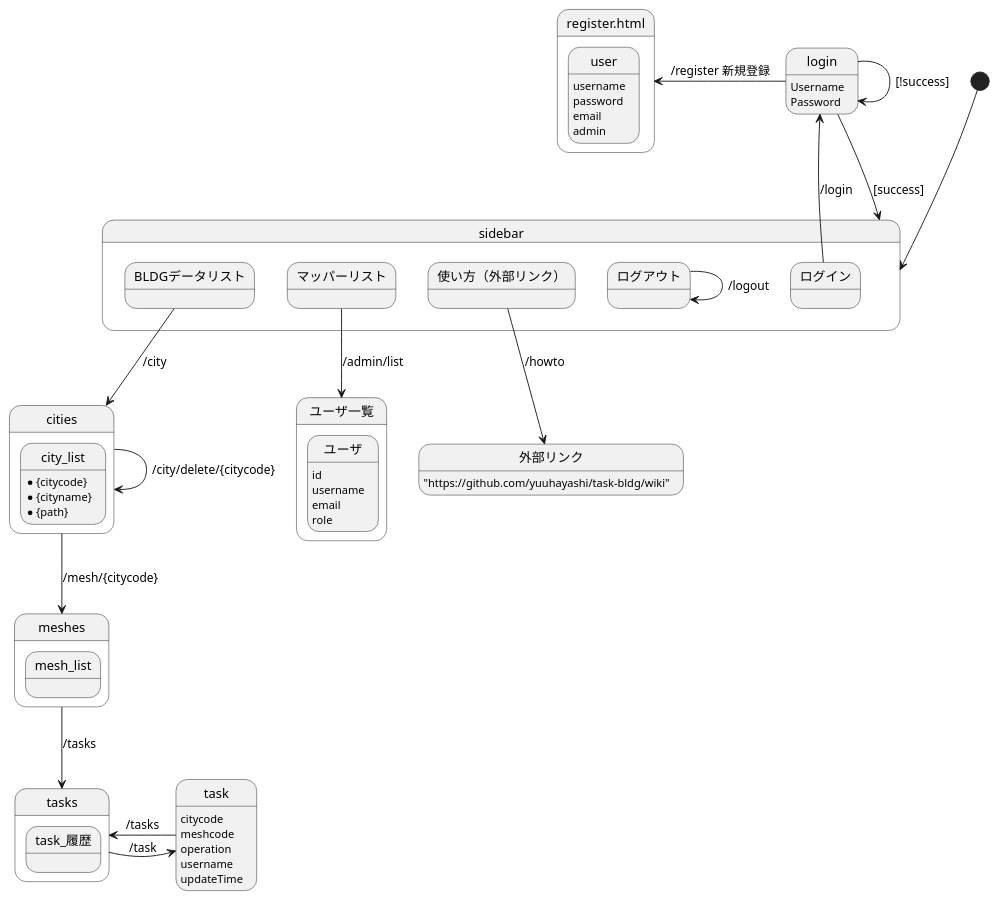
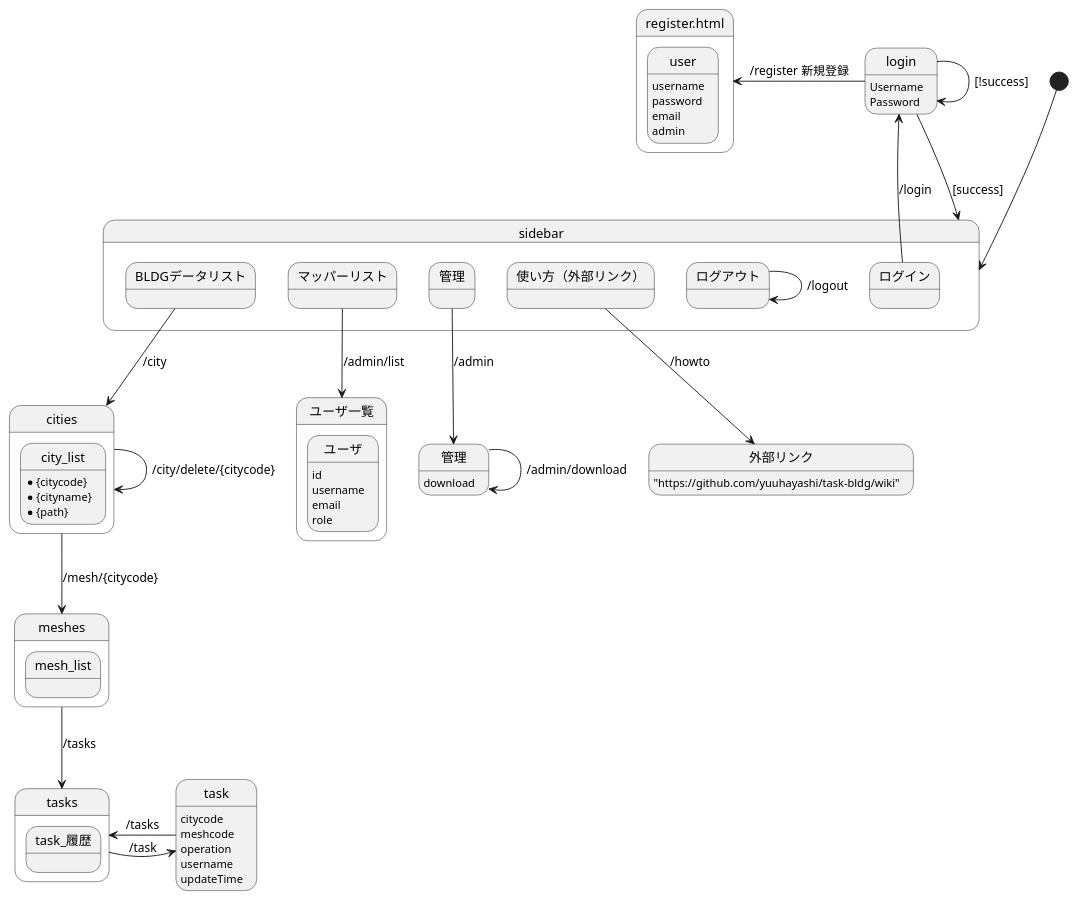
One commit to yuuhayashi/task-bldg changed the diagram in controller.pu. Above: the diagram before and after it, drawn with PlantUML. The commit also changed 6 other files, not shown here.

Commit message:
"/admin/download"

```diff
--- a/controller.pu
+++ b/controller.pu
@@ -1,81 +1,88 @@
 @startuml
 
 state "register.html" as register {
 	state "user" as register_user {
 		register_user : username
 		register_user : password
 		register_user : email
 		register_user : admin
 	}
 }
 
 state "login" as login {
 	login : Username
 	login : Password
 }
 
 state sidebar {
 	state "ログイン" as login_
 	state "ログアウト" as logout_
 	state "BLDGデータリスト" as indeies_
 	state "マッパーリスト" as list_
+	state "管理" as admin_
 	state "使い方（外部リンク）" as howto_
 	logout_ --> logout_ : /logout
 }
 
 state "ユーザ一覧" as list {
 	state ユーザ {
 		ユーザ : id
 		ユーザ : username
 		ユーザ : email
 		ユーザ : role
 	}
 }
 
 state cities {
 	state city_list {
 		city_list : *{citycode}
 		city_list : *{cityname}
 		city_list : *{path}
 	}
 }
 
 state meshes {
 	state mesh_list
 }
 
 state tasks {
 	state task_履歴
 }
 
 state task {
 	task : citycode
 	task : meshcode
 	task : operation
 	task : username
 	task : updateTime
 }
 
+state "管理" as admin {
+	admin : download
+}
+
 state "外部リンク" as howto {
 	howto : "https://github.com/yuuhayashi/task-bldg/wiki"
 }
 
 [*] --> sidebar
 
 register <-- login : /register 新規登録
 
 login <-- login_ : /login
 login --> login : [!success]
 login --> sidebar : [success]
 
 indeies_ --> cities : /city
 howto_ --> howto	: /howto
 
 list_ --> list : /admin/list
 cities --> cities : /city/delete/{citycode}
 cities --> meshes : /mesh/{citycode}
 meshes --> tasks : /tasks
 tasks -> task : /task
 tasks <- task : /tasks
+admin_ --> admin	: /admin
+admin --> admin		: /admin/download
 
 @enduml
```
